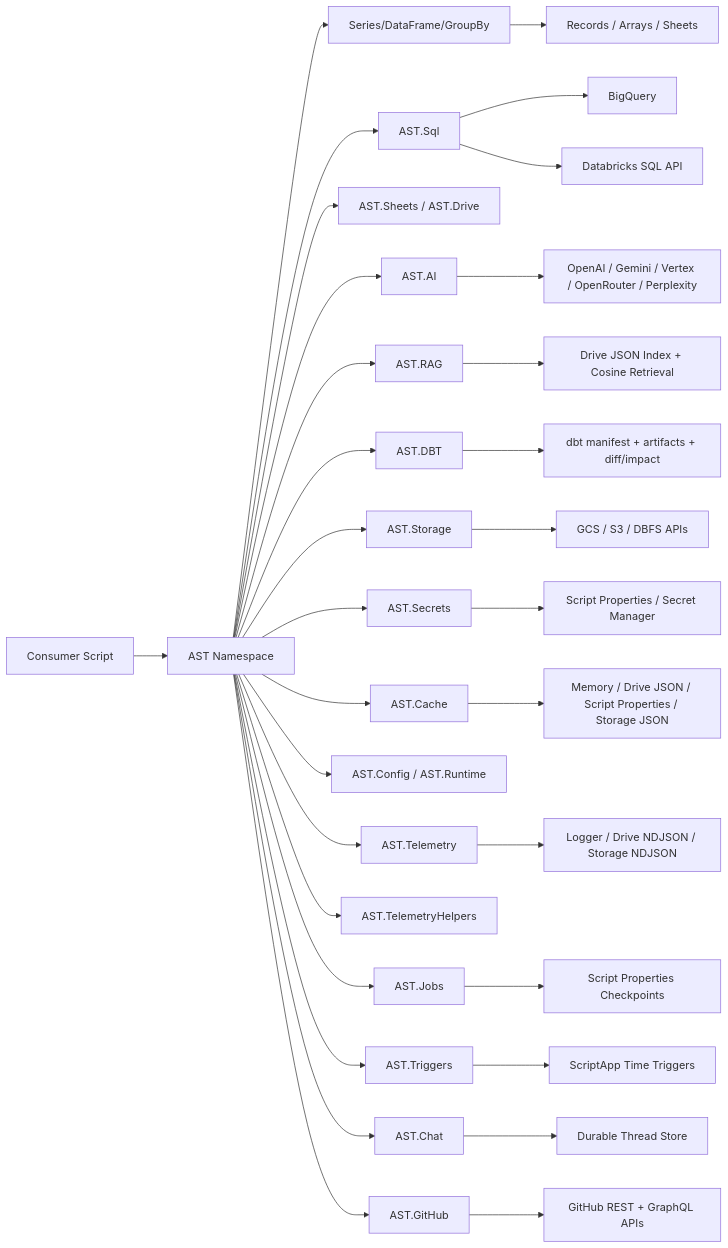
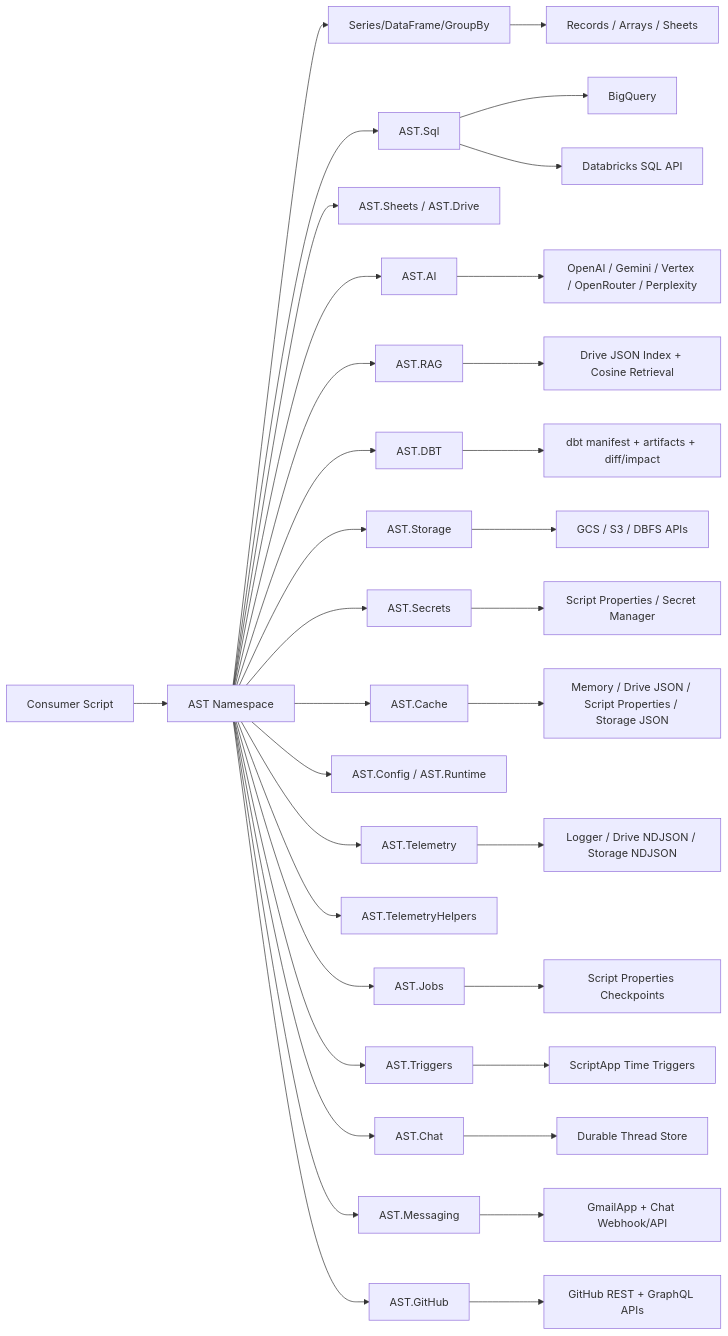
One commit to joe-broadhead/apps-script-tools changed the diagram in docs/index.md. Above: the diagram before and after it, drawn with Mermaid. The commit also changed other lines of this file and 54 other files, not shown here.

Commit message:
feat(messaging): add AST.Messaging email/chat/tracking toolkit

````diff
--- a/docs/index.md
+++ b/docs/index.md
@@ -39,34 +40,36 @@
 ```mermaid
 flowchart LR
     A[Consumer Script] --> B[AST Namespace]
     B --> C[Series/DataFrame/GroupBy]
     B --> D[AST.Sql]
     B --> E[AST.Sheets / AST.Drive]
     B --> I[AST.AI]
     B --> K[AST.RAG]
     B --> Y[AST.DBT]
     B --> M[AST.Storage]
     B --> AA[AST.Secrets]
     B --> Q[AST.Cache]
     B --> S[AST.Config / AST.Runtime]
     B --> O[AST.Telemetry]
     B --> TH[AST.TelemetryHelpers]
     B --> T[AST.Jobs]
     B --> AC[AST.Triggers]
     B --> W[AST.Chat]
+    B --> ME[AST.Messaging]
     B --> GH[AST.GitHub]
     D --> F[BigQuery]
     D --> G[Databricks SQL API]
     I --> J[OpenAI / Gemini / Vertex / OpenRouter / Perplexity]
     K --> L[Drive JSON Index + Cosine Retrieval]
     Y --> Z[dbt manifest + artifacts + diff/impact]
     M --> N[GCS / S3 / DBFS APIs]
     AA --> AB["Script Properties / Secret Manager"]
     Q --> R["Memory / Drive JSON / Script Properties / Storage JSON"]
     O --> P[Logger / Drive NDJSON / Storage NDJSON]
     T --> U["Script Properties Checkpoints"]
     AC --> AD["ScriptApp Time Triggers"]
     W --> X["Durable Thread Store"]
+    ME --> MM["GmailApp + Chat Webhook/API"]
     GH --> GHAPI[GitHub REST + GraphQL APIs]
     C --> H[Records / Arrays / Sheets]
 ```
````
